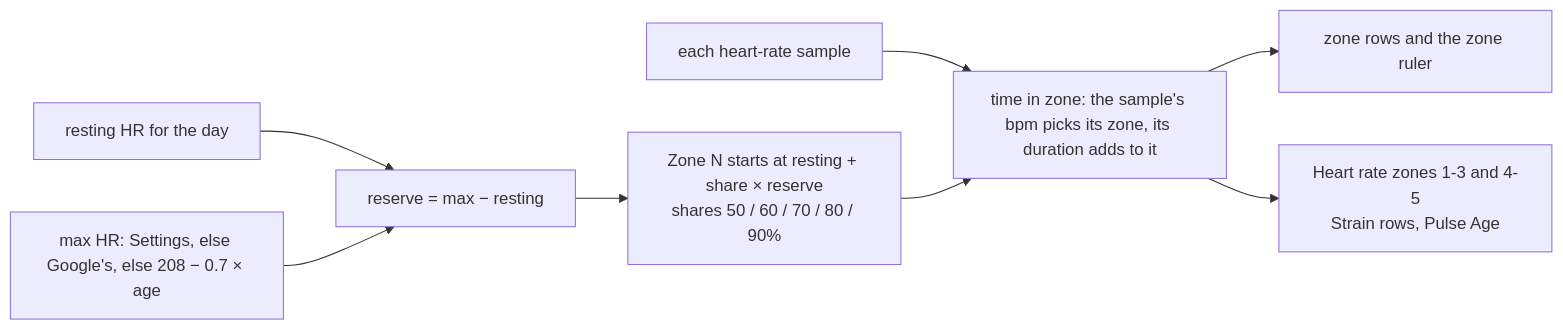
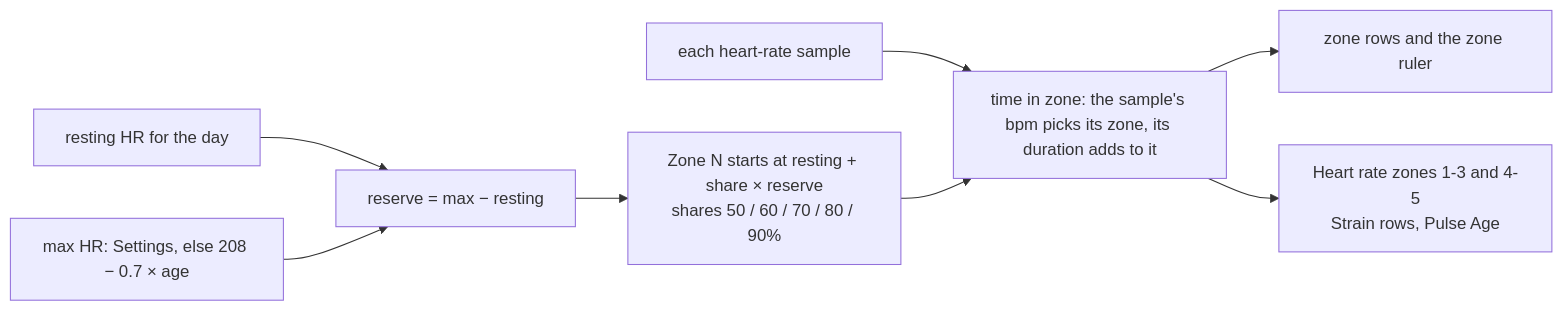
Before and after one commit to Ajamuar/pulse: the first of 2 diagrams in docs/design/charts.md, drawn with Mermaid. The commit also changed other lines of this file and 9 other files, not shown here.

First line of the commit message:
fix(zones): max HR no longer from Google's peak zone, a flat 220 for everyone

````diff
--- a/docs/design/charts.md
+++ b/docs/design/charts.md
@@ -130,10 +130,10 @@
 ```mermaid
 flowchart LR
   R[resting HR for the day] --> HRR["reserve = max − resting"]
-  M[max HR: Settings, else Google's, else 208 − 0.7 × age] --> HRR
+  M[max HR: Settings, else 208 − 0.7 × age] --> HRR
   HRR --> B["Zone N starts at resting + share × reserve<br/>shares 50 / 60 / 70 / 80 / 90%"]
   S[each heart-rate sample] --> T[time in zone: the sample's bpm picks its zone, its duration adds to it]
   B --> T
   T --> Rows[zone rows and the zone ruler]
   T --> Z13["Heart rate zones 1-3 and 4-5<br/>Strain rows, Pulse Age"]
 ```
````
